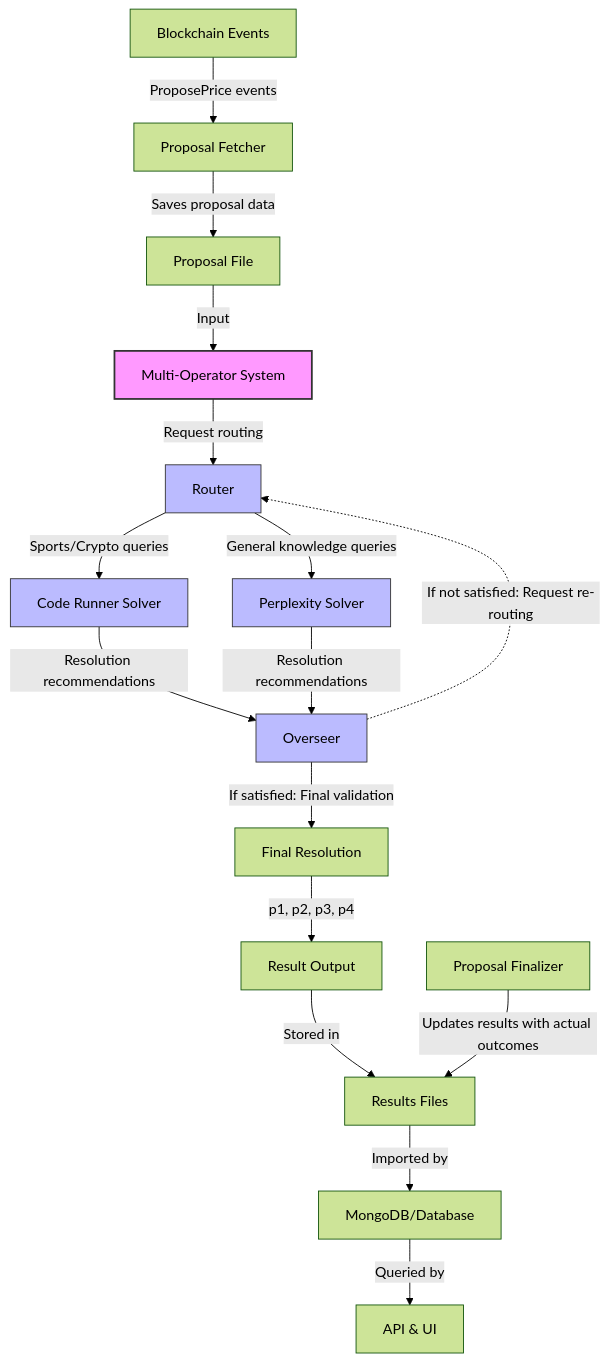
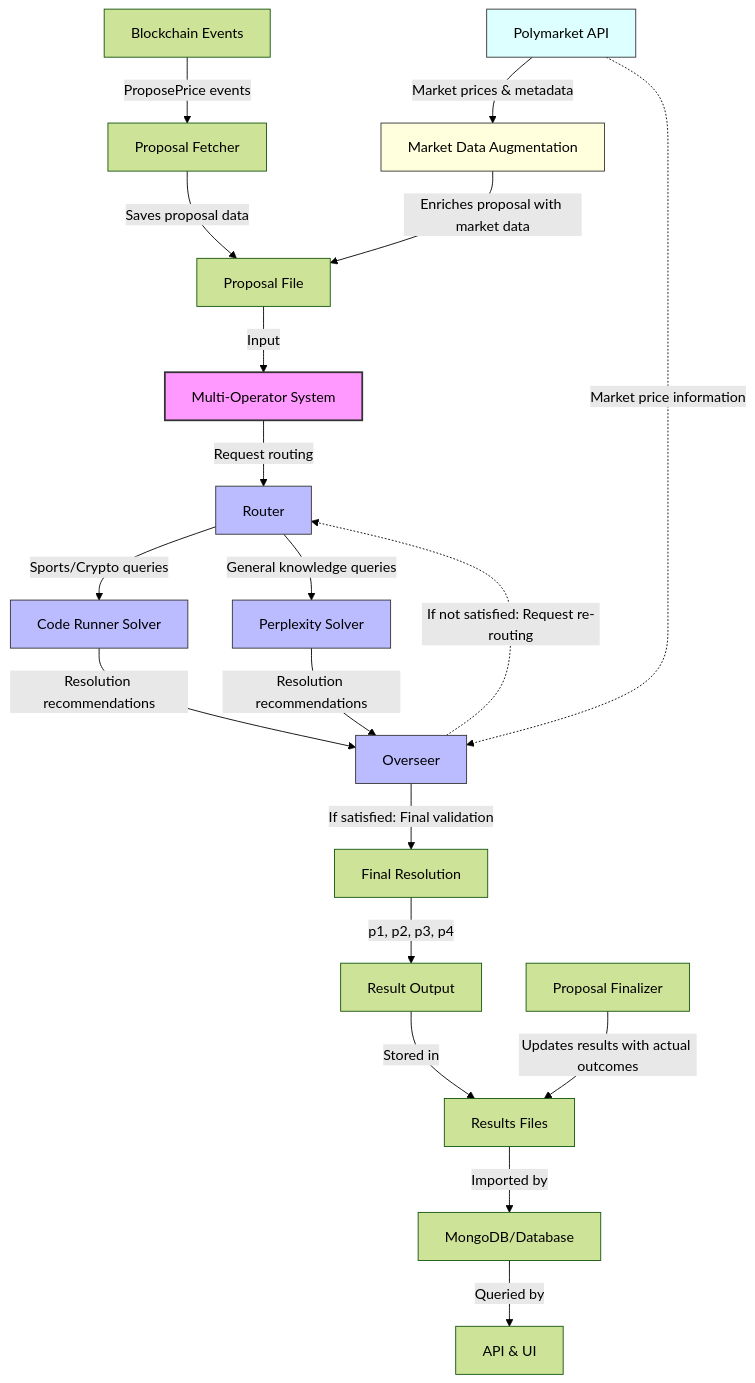
The diagram in README.md (UMAprotocol/optimistic-truth-bot), drawn with Mermaid (forest theme) before and after one commit. The commit also changed other lines of this file, not shown here.

````diff
--- a/README.md
+++ b/README.md
@@ -49,30 +49,38 @@
 ```mermaid
 flowchart TD
     A[Blockchain Events] -->|ProposePrice events| B[Proposal Fetcher]
     B -->|Saves proposal data| C[Proposal File]
+    
+    P[Polymarket API] -->|Market prices & metadata| Q[Market Data Augmentation]
+    Q -->|Enriches proposal with market data| C
+    
     C -->|Input| D[Multi-Operator System]
     D -->|Request routing| E[Router]
     
     E -->|Sports/Crypto queries| F[Code Runner Solver]
     E -->|General knowledge queries| G[Perplexity Solver]
     
     F -->|Resolution recommendations| H[Overseer]
     G -->|Resolution recommendations| H
+    
+    P -.->|Market price information| H
     
     H -->|If satisfied: Final validation| I[Final Resolution]
     I -->|p1, p2, p3, p4| J[Result Output]
     
     J -->|Stored in| K[Results Files]
     K -->|Imported by| L[MongoDB/Database]
     
     M[Proposal Finalizer] -->|Updates results with actual outcomes| K
     L -->|Queried by| N[API & UI]
     
     H -.->|If not satisfied: Request re-routing| E
     
     style D fill:#f9f,stroke:#333,stroke-width:2px
     style E fill:#bbf,stroke:#333,stroke-width:1px
     style F fill:#bbf,stroke:#333,stroke-width:1px
     style G fill:#bbf,stroke:#333,stroke-width:1px
     style H fill:#bbf,stroke:#333,stroke-width:1px
+    style Q fill:#ffd,stroke:#333,stroke-width:1px
+    style P fill:#dff,stroke:#333,stroke-width:1px
 ```
````
